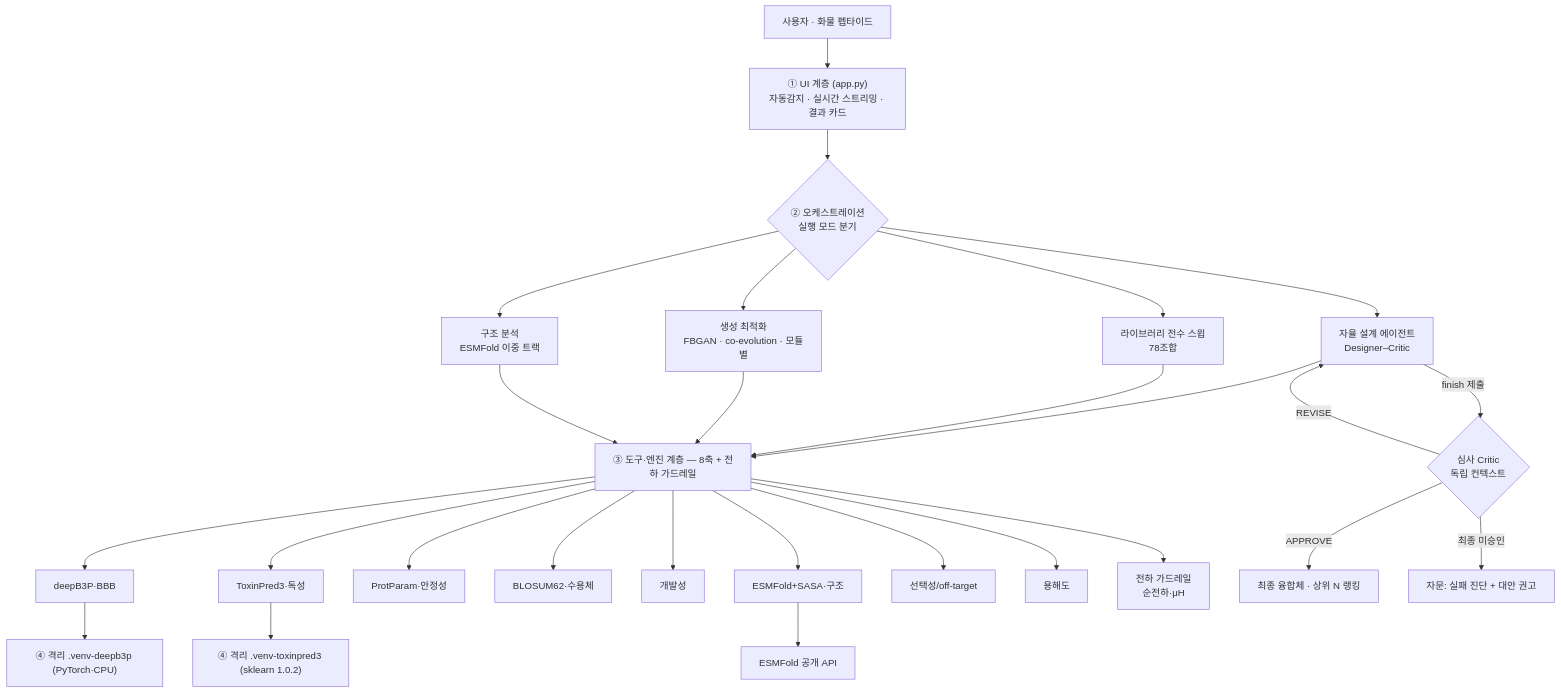
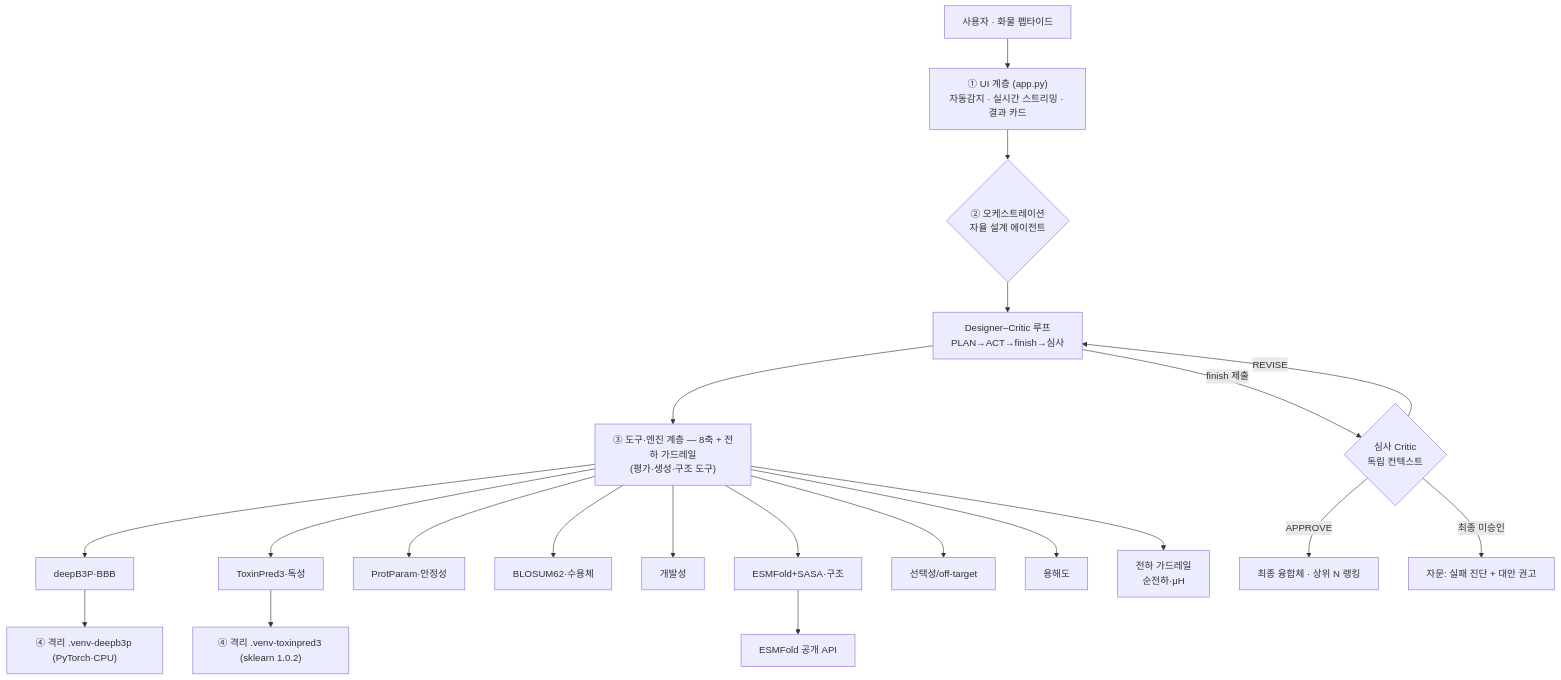
Before and after one commit to yunseul6028/BBB-Optimizer: the first of 2 diagrams in 기획서.md, drawn with Mermaid. The commit also changed other lines of this file and 4 other files, not shown here.

````diff
--- a/기획서.md
+++ b/기획서.md
@@ -178,27 +178,21 @@
 ```mermaid
 flowchart TB
   U["사용자 · 화물 펩타이드"] --> UI["① UI 계층 (app.py)<br/>자동감지 · 실시간 스트리밍 · 결과 카드"]
-  UI --> ORCH{"② 오케스트레이션<br/>실행 모드 분기"}
+  UI --> ORCH{"② 오케스트레이션<br/>자율 설계 에이전트"}
 
-  ORCH --> AG["자율 설계 에이전트<br/>Designer–Critic"]
-  ORCH --> SW["라이브러리 전수 스윕<br/>78조합"]
-  ORCH --> GN["생성 최적화<br/>FBGAN · co-evolution · 모듈별"]
-  ORCH --> ST["구조 분석<br/>ESMFold 이중 트랙"]
+  ORCH --> AG["Designer–Critic 루프<br/>PLAN→ACT→finish→심사"]
 
-  AG --> TOOLS["③ 도구·엔진 계층 — 8축 + 전하 가드레일"]
-  SW --> TOOLS
-  GN --> TOOLS
-  ST --> TOOLS
+  AG --> TOOLS["③ 도구·엔진 계층 — 8축 + 전하 가드레일<br/>(평가·생성·구조 도구)"]
 
   TOOLS --> E1["deepB3P·BBB"] & E2["ToxinPred3·독성"] & E3["ProtParam·안정성"] & E4["BLOSUM62·수용체"]
   TOOLS --> E5["개발성"] & E6["ESMFold+SASA·구조"] & E7["선택성/off-target"] & E8["용해도"] & GD["전하 가드레일<br/>순전하·μH"]
 
   E1 --> DV["④ 격리 .venv-deepb3p (PyTorch·CPU)"]
   E2 --> TV["④ 격리 .venv-toxinpred3 (sklearn 1.0.2)"]
   E6 --> API["ESMFold 공개 API"]
 
   AG -->|finish 제출| CR{"심사 Critic<br/>독립 컨텍스트"}
   CR -->|APPROVE| OUT["최종 융합체 · 상위 N 랭킹"]
   CR -->|REVISE| AG
   CR -->|최종 미승인| REC["자문: 실패 진단 + 대안 권고"]
 ```
````
